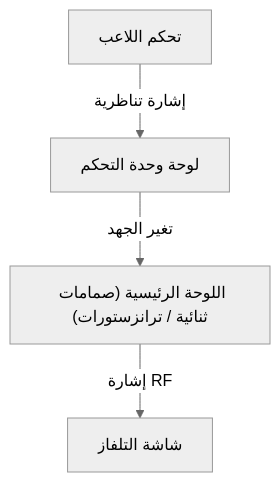
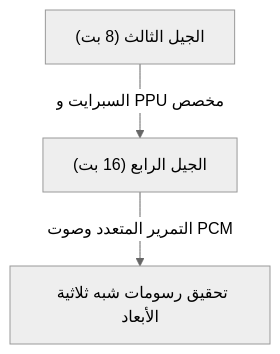
One commit to kenjinote/blog changed the first of 2 diagrams in content/post/history-of-video-game-consoles/index.ar.md. Above: the diagram before and after it, drawn with Mermaid (neutral theme). The commit also changed other lines of this file and 129 other files, not shown here.

````diff
--- a/content/post/history-of-video-game-consoles/index.ar.md
+++ b/content/post/history-of-video-game-consoles/index.ar.md
@@ -22,6 +33,5 @@
 ```mermaid
 graph TD
-    A["تحكم اللاعب"] -- "إشارة تناظرية" --> B["لوحة وحدة التحكم"]
-    B -- "تغير الجهد" --> C["اللوحة الرئيسية (صمامات ثنائية / ترانزستورات)"]
-    C -- "إشارة RF" --> D["شاشة التلفاز"]
+  A["الجيل الثالث (8 بت)"] -- "السبرايت و PPU مخصص" --> B["الجيل الرابع (16 بت)"]
+  B["الجيل الرابع (16 بت)"] -- "التمرير المتعدد وصوت PCM" --> C["تحقيق رسومات شبه ثلاثية الأبعاد"]
 ```
````
